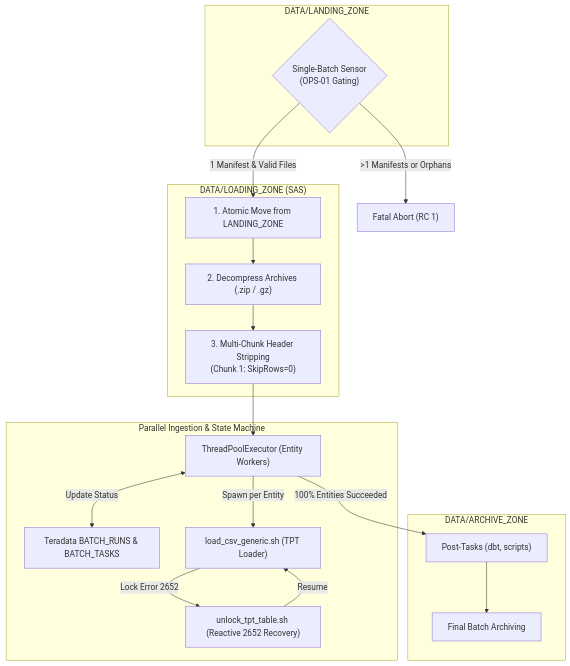
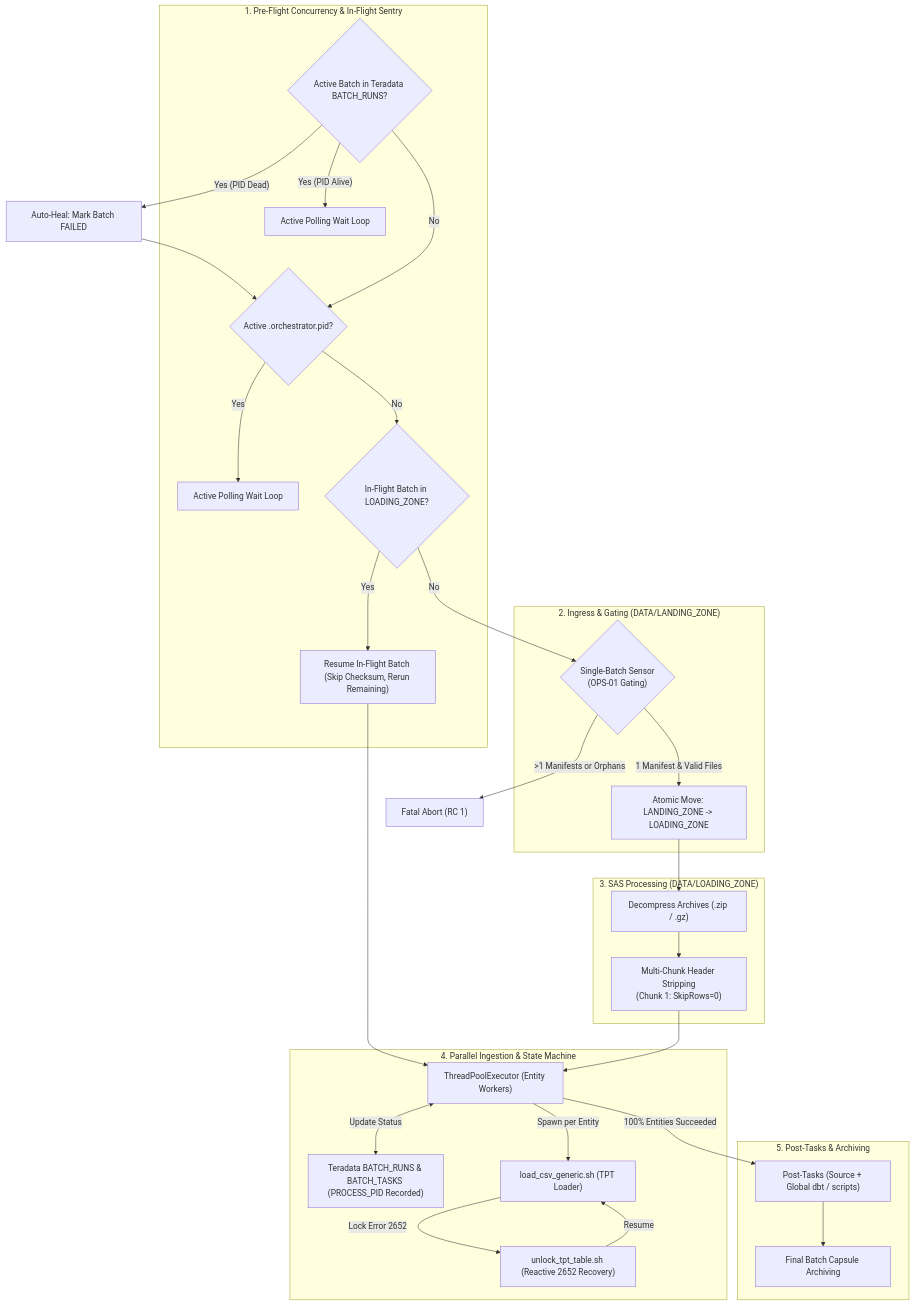
Before and after one commit to manisadegh/DATA_INGESTION_ORCHESTRATOR: the diagram in docs/01_user_how_to_guide.md, drawn with Mermaid. The commit also changed other lines of this file and 5 other files, not shown here.

First line of the commit message:
docs: thoroughly update DATA_INGESTION_ORCHESTRATOR documentation suite

````diff
--- a/docs/01_user_how_to_guide.md
+++ b/docs/01_user_how_to_guide.md
@@ -7,32 +7,47 @@
 ```mermaid
 flowchart TD
-    subgraph INGRESS["DATA/LANDING_ZONE"]
-        Gate{"Single-Batch Sensor<br/>(OPS-01 Gating)"}
+    subgraph SENTRY["1. Pre-Flight Concurrency & In-Flight Sentry"]
+        DBSentry{"Active Batch in Teradata BATCH_RUNS?"}
+        WaitDB["Active Polling Wait Loop"]
+        PIDSentry{"Active .orchestrator.pid?"}
+        WaitPID["Active Polling Wait Loop"]
+        InFlightCheck{"In-Flight Batch in LOADING_ZONE?"}
+        ResumeInFlight["Resume In-Flight Batch (Skip Checksum, Rerun Remaining)"]
     end
 
-    subgraph ISOLATION["DATA/LOADING_ZONE (SAS)"]
-        Transfer["1. Atomic Move from LANDING_ZONE"]
-        Decomp["2. Decompress Archives (.zip / .gz)"]
-        Norm["3. Multi-Chunk Header Stripping<br/>(Chunk 1: SkipRows=0)"]
+    subgraph INGRESS["2. Ingress & Gating (DATA/LANDING_ZONE)"]
+        Gate{"Single-Batch Sensor<br/>(OPS-01 Gating)"}
+        Transfer["Atomic Move: LANDING_ZONE -> LOADING_ZONE"]
     end
 
-    subgraph EXEC["Parallel Ingestion & State Machine"]
+    subgraph ISOLATION["3. SAS Processing (DATA/LOADING_ZONE)"]
+        Decomp["Decompress Archives (.zip / .gz)"]
+        Norm["Multi-Chunk Header Stripping<br/>(Chunk 1: SkipRows=0)"]
+    end
+
+    subgraph EXEC["4. Parallel Ingestion & State Machine"]
         Pool["ThreadPoolExecutor (Entity Workers)"]
-        State["Teradata BATCH_RUNS & BATCH_TASKS"]
+        State["Teradata BATCH_RUNS & BATCH_TASKS (PROCESS_PID Recorded)"]
         TPT["load_csv_generic.sh (TPT Loader)"]
         Unlock["unlock_tpt_table.sh (Reactive 2652 Recovery)"]
     end
 
-    subgraph EGRESS["DATA/ARCHIVE_ZONE"]
-        Post["Post-Tasks (dbt, scripts)"]
-        Archive["Final Batch Archiving"]
+    subgraph EGRESS["5. Post-Tasks & Archiving"]
+        Post["Post-Tasks (Source + Global dbt / scripts)"]
+        Archive["Final Batch Capsule Archiving"]
     end
 
-    Gate -->|1 Manifest & Valid Files| Transfer
+    DBSentry -- Yes (PID Alive) --> WaitDB
+    DBSentry -- Yes (PID Dead) --> Heal["Auto-Heal: Mark Batch FAILED"] --> PIDSentry
+    DBSentry -- No --> PIDSentry
+    PIDSentry -- Yes --> WaitPID
+    PIDSentry -- No --> InFlightCheck
+    InFlightCheck -- Yes --> ResumeInFlight --> Pool
+    InFlightCheck -- No --> Gate
+    Gate -->|1 Manifest & Valid Files| Transfer --> Decomp --> Norm --> Pool
     Gate -->|>1 Manifests or Orphans| Abort["Fatal Abort (RC 1)"]
-    Transfer --> Decomp --> Norm --> Pool
     Pool -->|Spawn per Entity| TPT
     TPT -->|Lock Error 2652| Unlock -->|Resume| TPT
     Pool <-->|Update Status| State
     Pool -->|100% Entities Succeeded| Post --> Archive
 ```
````
